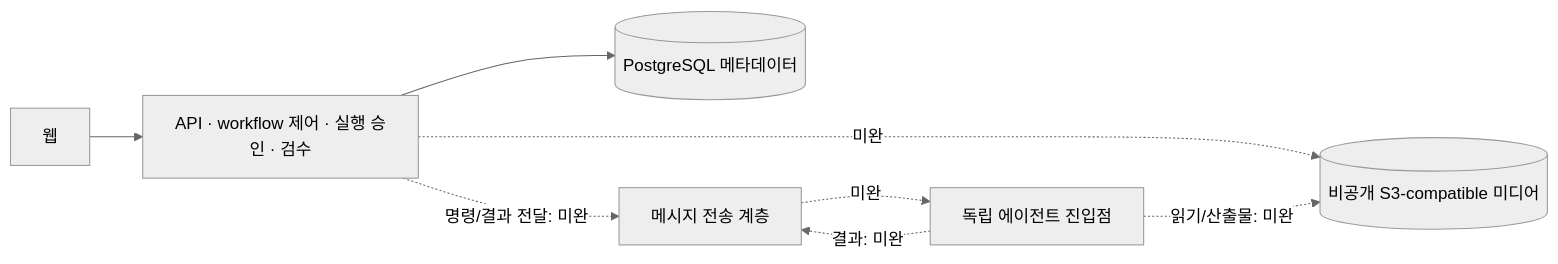
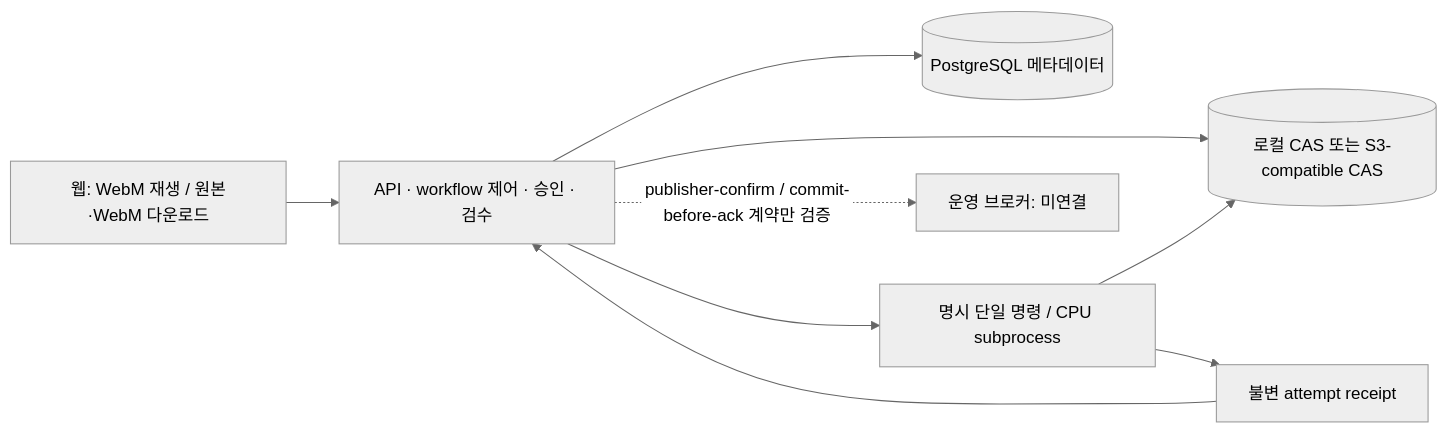
Before and after one commit to orderthan31/mediagent: the diagram in docs/plans/architect.md, drawn with Mermaid (neutral theme). The commit also changed other lines of this file and 188 other files, not shown here.

Commit message:
feat(renewal): persist independent CPU execution and S3 WebM artifacts

````diff
--- a/docs/plans/architect.md
+++ b/docs/plans/architect.md
@@ -15,10 +13,11 @@
 ```mermaid
 flowchart LR
-  Web[웹] --> App[API · workflow 제어 · 실행 승인 · 검수]
+  Web[웹: WebM 재생 / 원본·WebM 다운로드] --> App[API · workflow 제어 · 승인 · 검수]
   App --> PG[(PostgreSQL 메타데이터)]
-  App -. 명령/결과 전달: 미완 .-> Transport[메시지 전송 계층]
-  Transport -. 미완 .-> Agents[독립 에이전트 진입점]
-  App -. 미완 .-> Objects[(비공개 S3-compatible 미디어)]
-  Agents -. 읽기/산출물: 미완 .-> Objects
-  Agents -. 결과: 미완 .-> Transport
+  App --> CPU[명시 단일 명령 / CPU subprocess]
+  App --> Objects[(로컬 CAS 또는 S3-compatible CAS)]
+  CPU --> Objects
+  CPU --> Receipt[불변 attempt receipt]
+  Receipt --> App
+  App -. publisher-confirm / commit-before-ack 계약만 검증 .-> Broker[운영 브로커: 미연결]
 ```
````
